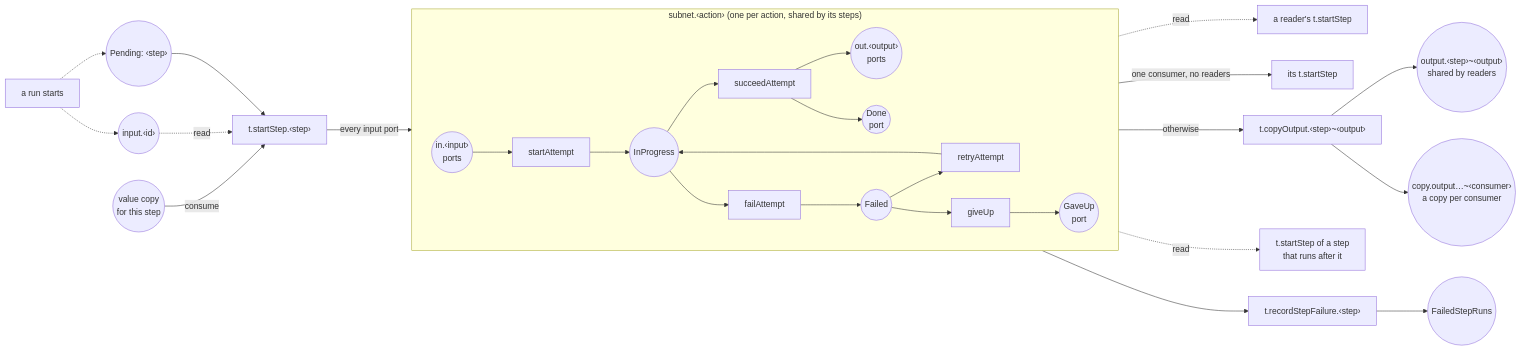
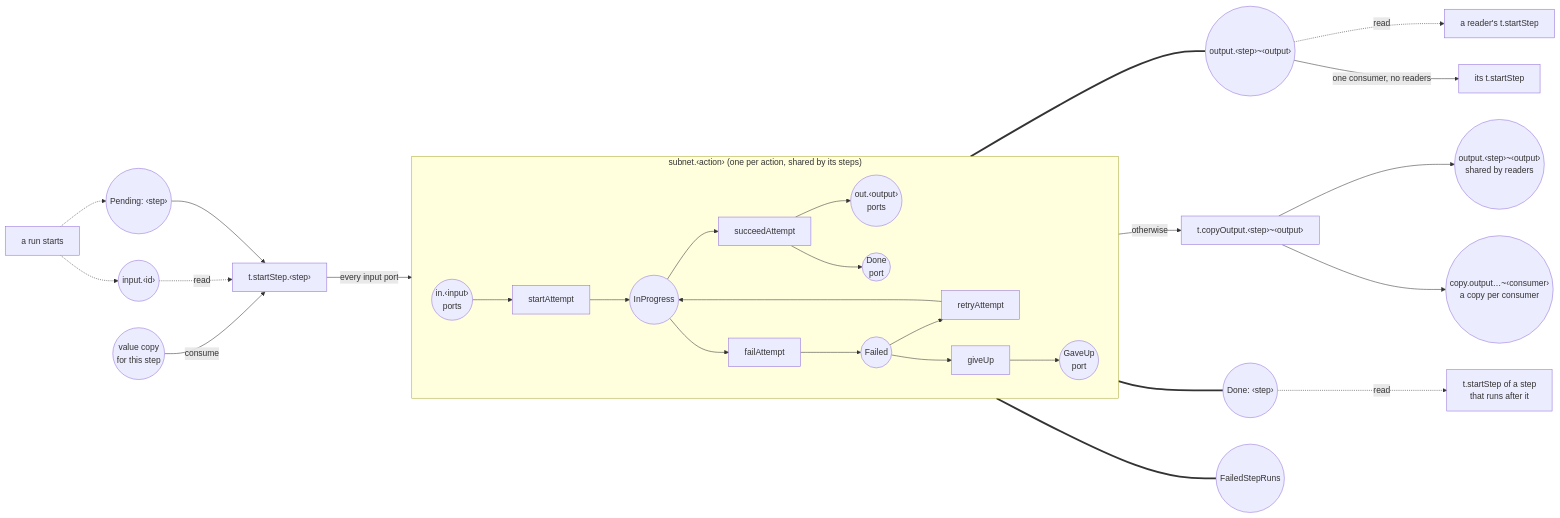
Before and after one commit to hashintel/hash: the second of 3 diagrams in libs/@local/flow-petri-net/README.md, drawn with Mermaid. The commit also changed other lines of this file, not shown here.

Commit message:
Describe the fused flow net in the README

````diff
--- a/libs/@local/flow-petri-net/README.md
+++ b/libs/@local/flow-petri-net/README.md
@@ -66,34 +66,35 @@
 ```mermaid
 flowchart LR
   runStart["a run starts"] -.-> inputPlace(("input.‹id›"))
   runStart -.-> pending(("Pending: ‹step›"))
 
   pending --> startStep["t.startStep.‹step›"]
   inputPlace -. read .-> startStep
   upstreamCopy(("value copy<br/>for this step")) -- consume --> startStep
 
   subgraph subnet ["subnet.‹action› (one per action, shared by its steps)"]
     direction LR
     inPorts(("in.‹input›<br/>ports")) --> startAttempt["startAttempt"]
     startAttempt --> inProgress(("InProgress"))
     inProgress --> succeedAttempt["succeedAttempt"]
     succeedAttempt --> outPorts(("out.‹output›<br/>ports"))
     succeedAttempt --> done(("Done<br/>port"))
     inProgress --> failAttempt["failAttempt"]
     failAttempt --> failed(("Failed"))
     failed --> retryAttempt["retryAttempt"]
     retryAttempt --> inProgress
     failed --> giveUp["giveUp"]
     giveUp --> gaveUp(("GaveUp<br/>port"))
   end
 
   startStep -- every input port --> inPorts
-  outPorts -. read .-> reader["a reader's t.startStep"]
-  outPorts -- "one consumer, no readers" --> consumer["its t.startStep"]
+  outPorts === fusedOutput(("output.‹step›~‹output›"))
+  fusedOutput -. read .-> reader["a reader's t.startStep"]
+  fusedOutput -- "one consumer, no readers" --> consumer["its t.startStep"]
   outPorts -- "otherwise" --> copy["t.copyOutput.‹step›~‹output›"]
   copy --> shared(("output.‹step›~‹output›<br/>shared by readers"))
   copy --> copies(("copy.output…~‹consumer›<br/>a copy per consumer"))
-  done -. read .-> follower["t.startStep of a step<br/>that runs after it"]
-  gaveUp --> recordStepFailure["t.recordStepFailure.‹step›"]
-  recordStepFailure --> failedStepRuns(("FailedStepRuns"))
+  done === donePlace(("Done: ‹step›"))
+  donePlace -. read .-> follower["t.startStep of a step<br/>that runs after it"]
+  gaveUp === failedStepRuns(("FailedStepRuns"))
 ```
````
